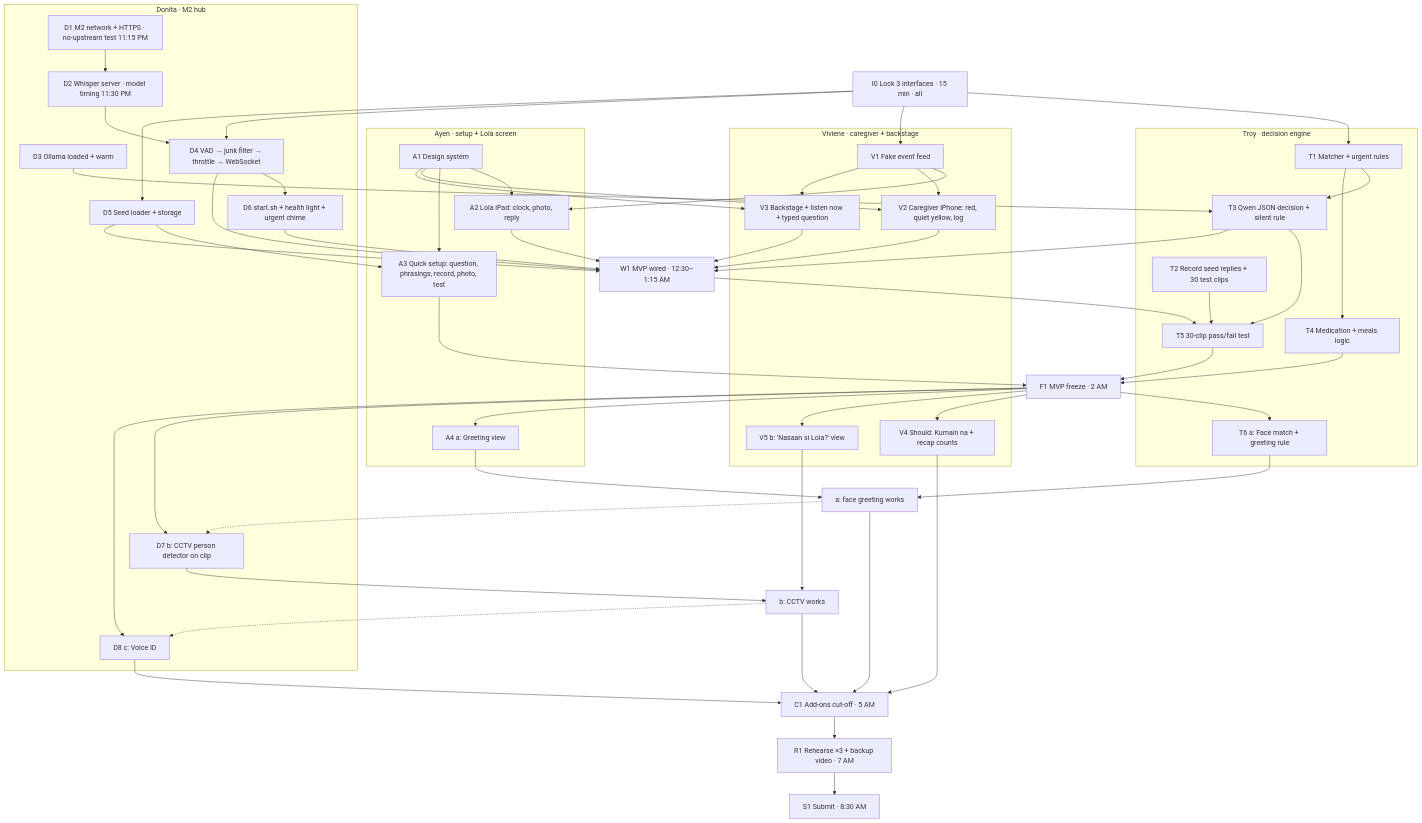
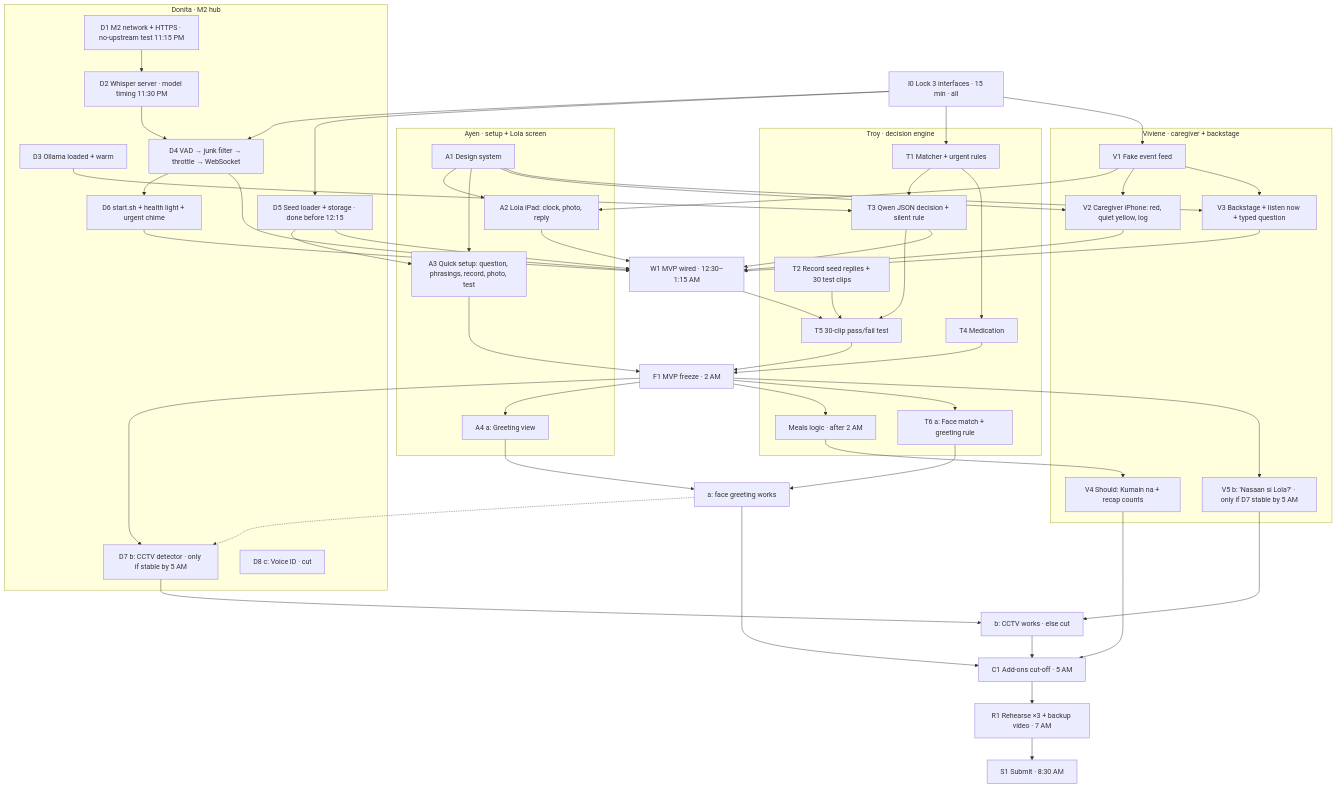
The diagram in docs/sino/mvp-plan.md (Troy-LL/appsolutely), drawn with Mermaid before and after one commit. The commit also changed other lines of this file and 4 other files, not shown here.

````diff
--- a/docs/sino/mvp-plan.md
+++ b/docs/sino/mvp-plan.md
@@ -103,60 +103,59 @@
 ```mermaid
 flowchart TD
   I0[I0 Lock 3 interfaces · 15 min · all]
 
   subgraph Troy["Troy · decision engine"]
     T1[T1 Matcher + urgent rules]
     T2[T2 Record seed replies + 30 test clips]
     T3[T3 Qwen JSON decision + silent rule]
-    T4[T4 Medication + meals logic]
+    T4[T4 Medication]
+    T4m[Meals logic · after 2 AM]
     T5[T5 30-clip pass/fail test]
     T6[T6 a: Face match + greeting rule]
   end
   subgraph Donita["Donita · M2 hub"]
     D1[D1 M2 network + HTTPS · no-upstream test 11:15 PM]
     D2[D2 Whisper server · model timing 11:30 PM]
     D3[D3 Ollama loaded + warm]
     D4[D4 VAD → junk filter → throttle → WebSocket]
-    D5[D5 Seed loader + storage]
+    D5[D5 Seed loader + storage · done before 12:15]
     D6[D6 start.sh + health light + urgent chime]
-    D7[D7 b: CCTV person detector on clip]
-    D8[D8 c: Voice ID]
+    D7[D7 b: CCTV detector · only if stable by 5 AM]
+    D8[D8 c: Voice ID · cut]
   end
   subgraph Ayen["Ayen · setup + Lola screen"]
     A1[A1 Design system]
     A2[A2 Lola iPad: clock, photo, reply]
     A3[A3 Quick setup: question, phrasings, record, photo, test]
     A4[A4 a: Greeting view]
   end
   subgraph Viv["Viviene · caregiver + backstage"]
     V1[V1 Fake event feed]
     V2[V2 Caregiver iPhone: red, quiet yellow, log]
     V3[V3 Backstage + listen now + typed question]
     V4[V4 Should: Kumain na + recap counts]
-    V5[V5 b: 'Nasaan si Lola?' view]
+    V5[V5 b: 'Nasaan si Lola?' · only if D7 stable by 5 AM]
   end
 
   I0 --> T1 & D4 & D5 & V1
   T1 --> T3 --> T5
   T1 --> T4
   T2 --> T5
   D3 --> T3
   D1 --> D2 --> D4 --> D6
   A1 --> A2 & A3 & V2 & V3
   V1 --> A2 & V2 & V3
   D5 --> A3
   D4 & D5 & D6 & T3 & A2 & V2 & V3 --> W[W1 MVP wired · 12:30–1:15 AM]
   W --> T5 --> F[F1 MVP freeze · 2 AM]
   T4 & A3 --> F
-  F --> V4
+  F --> T4m --> V4
   F --> T6 & A4
   T6 & A4 --> XA[a: face greeting works]
   XA -.-> D7
   F --> D7 & V5
-  D7 & V5 --> XB[b: CCTV works]
-  XB -.-> D8
-  F --> D8
-  XA & XB & D8 & V4 --> C[C1 Add-ons cut-off · 5 AM]
+  D7 & V5 --> XB[b: CCTV works · else cut]
+  XA & XB & V4 --> C[C1 Add-ons cut-off · 5 AM]
   C --> R[R1 Rehearse ×3 + backup video · 7 AM]
   R --> S[S1 Submit · 8:30 AM]
 ```
````
